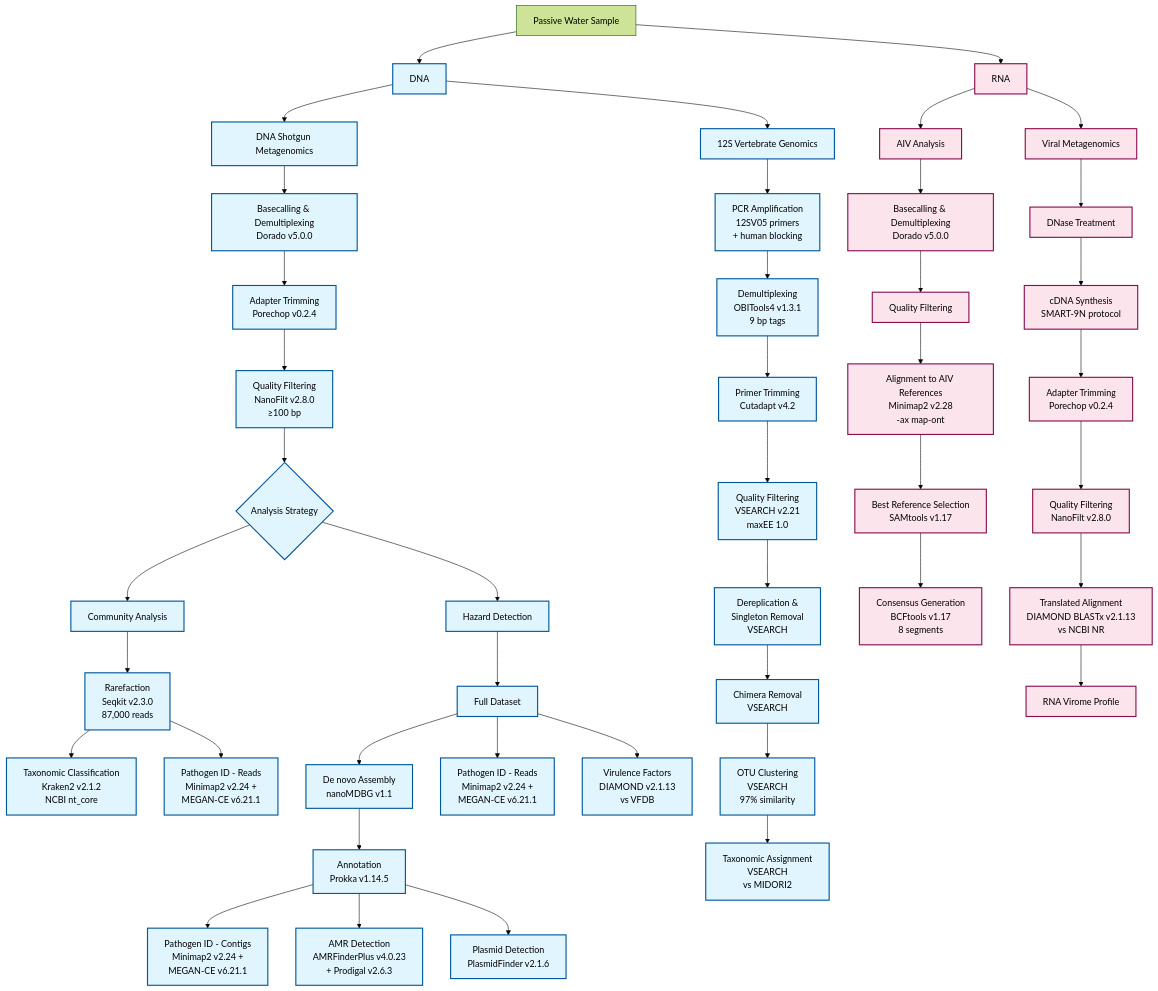
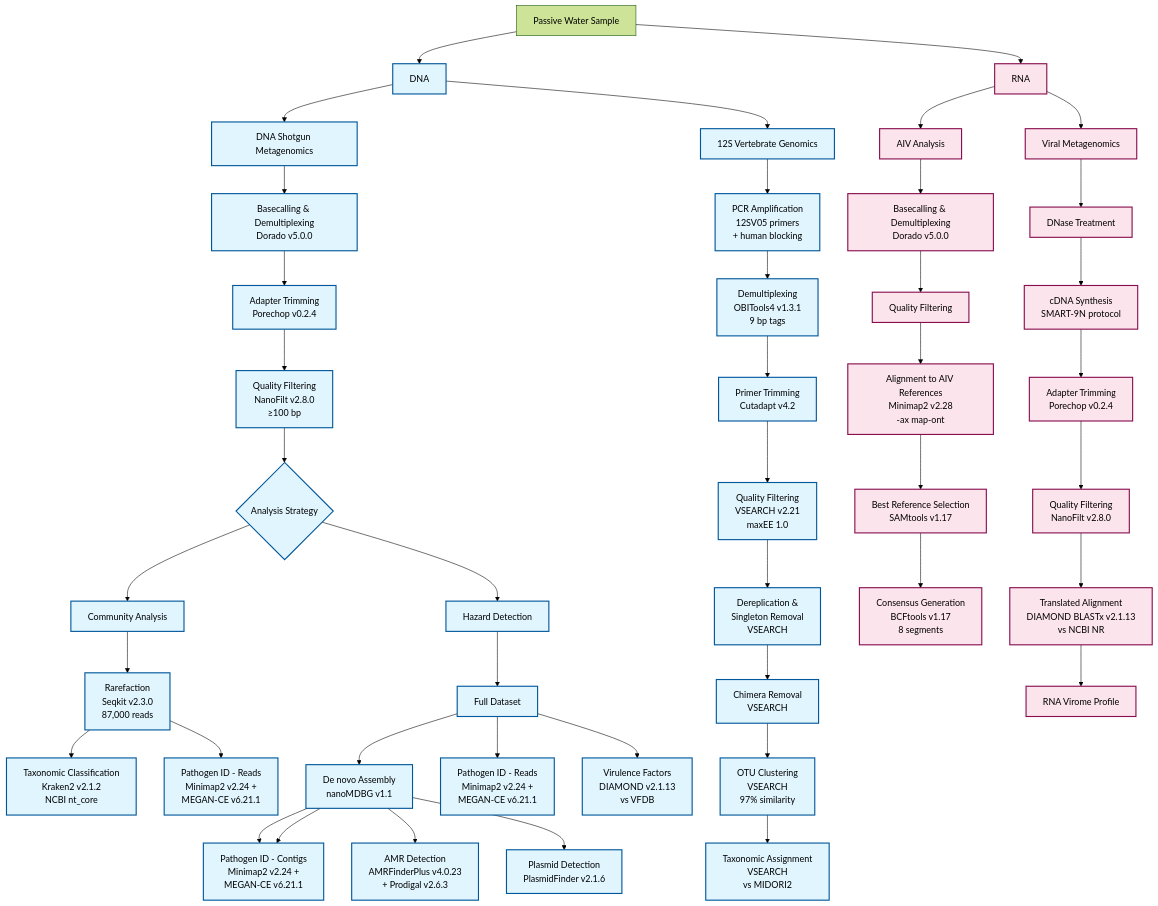
The diagram in README.md (ttmgr/Wetland_Health), drawn with Mermaid (forest theme) before and after one commit.

````diff
--- a/README.md
+++ b/README.md
@@ -164,68 +164,68 @@
 ```mermaid
 flowchart TD
     A[Passive Water Sample] --> B[DNA]
     A --> C[RNA]
     
     %% DNA Branch
     B --> D[DNA Shotgun Metagenomics]
     B --> E[12S Vertebrate Genomics]
     
     %% DNA Shotgun Pipeline
     D --> D1[Basecalling & Demultiplexing<br/>Dorado v5.0.0]
     D1 --> D2[Adapter Trimming<br/>Porechop v0.2.4]
     D2 --> D3[Quality Filtering<br/>NanoFilt v2.8.0<br/>≥100 bp]
     D3 --> D4{Analysis Strategy}
     
     D4 --> D5[Community Analysis]
     D4 --> D6[Hazard Detection]
     
     D5 --> D5a[Rarefaction<br/>Seqkit v2.3.0<br/>87,000 reads]
     D5a --> D5b[Taxonomic Classification<br/>Kraken2 v2.1.2<br/>NCBI nt_core]
     D5a --> D5c[Pathogen ID - Reads<br/>Minimap2 v2.24 +<br/>MEGAN-CE v6.21.1]
     
     D6 --> D6a[Full Dataset]
     D6a --> D6b[De novo Assembly<br/>nanoMDBG v1.1]
     D6b --> D6c[Annotation<br/>Prokka v1.14.5]
-    D6c --> D6d[Pathogen ID - Contigs<br/>Minimap2 v2.24 +<br/>MEGAN-CE v6.21.1]
+    D6b --> D6c[Pathogen ID - Contigs<br/>Minimap2 v2.24 +<br/>MEGAN-CE v6.21.1]
     D6a --> D6h[Pathogen ID - Reads<br/>Minimap2 v2.24 +<br/>MEGAN-CE v6.21.1]
-    D6c --> D6e[AMR Detection<br/>AMRFinderPlus v4.0.23<br/>+ Prodigal v2.6.3]
-    D6c --> D6f[Plasmid Detection<br/>PlasmidFinder v2.1.6]
-    D6a --> D6g[Virulence Factors<br/>DIAMOND v2.1.13<br/>vs VFDB]
+    D6b --> D6d[AMR Detection<br/>AMRFinderPlus v4.0.23<br/>+ Prodigal v2.6.3]
+    D6b --> D6e[Plasmid Detection<br/>PlasmidFinder v2.1.6]
+    D6a --> D6f[Virulence Factors<br/>DIAMOND v2.1.13<br/>vs VFDB]
     
     %% 12S Pipeline
     E --> E1[PCR Amplification<br/>12SV05 primers<br/>+ human blocking]
     E1 --> E2[Demultiplexing<br/>OBITools4 v1.3.1<br/>9 bp tags]
     E2 --> E3[Primer Trimming<br/>Cutadapt v4.2]
     E3 --> E4[Quality Filtering<br/>VSEARCH v2.21<br/>maxEE 1.0]
     E4 --> E5[Dereplication &<br/>Singleton Removal<br/>VSEARCH]
     E5 --> E6[Chimera Removal<br/>VSEARCH]
     E6 --> E7[OTU Clustering<br/>VSEARCH<br/>97% similarity]
     E7 --> E8[Taxonomic Assignment<br/>VSEARCH<br/>vs MIDORI2]
     
     %% RNA Branch
     C --> F[AIV Analysis]
     C --> G[Viral Metagenomics]
     
     %% AIV Pipeline
     F --> F1[Basecalling & Demultiplexing<br/>Dorado v5.0.0]
     F1 --> F2[Quality Filtering]
     F2 --> F3[Alignment to AIV References<br/>Minimap2 v2.28<br/>-ax map-ont]
     F3 --> F4[Best Reference Selection<br/>SAMtools v1.17]
     F4 --> F5[Consensus Generation<br/>BCFtools v1.17<br/>8 segments]
     
     %% Viromics Pipeline
     G --> G1[DNase Treatment]
     G1 --> G2[cDNA Synthesis<br/>SMART-9N protocol]
     G2 --> G3[Adapter Trimming<br/>Porechop v0.2.4]
     G3 --> G4[Quality Filtering<br/>NanoFilt v2.8.0]
     G4 --> G5[Translated Alignment<br/>DIAMOND BLASTx v2.1.13<br/>vs NCBI NR]
     G5 --> G6[RNA Virome Profile]
     
     %% Styling
     classDef dna fill:#e1f5fe,stroke:#01579b,stroke-width:2px
     classDef rna fill:#fce4ec,stroke:#880e4f,stroke-width:2px
     classDef tool fill:#f3e5f5,stroke:#4a148c,stroke-width:2px
     
     class B,D,E,D1,D2,D3,D4,D5,D5a,D5b,D5c,D6,D6a,D6b,D6c,D6d,D6e,D6f,D6g,D6h,E1,E2,E3,E4,E5,E6,E7,E8 dna
     class C,F,G,F1,F2,F3,F4,F5,G1,G2,G3,G4,G5,G6 rna
 ```
````
